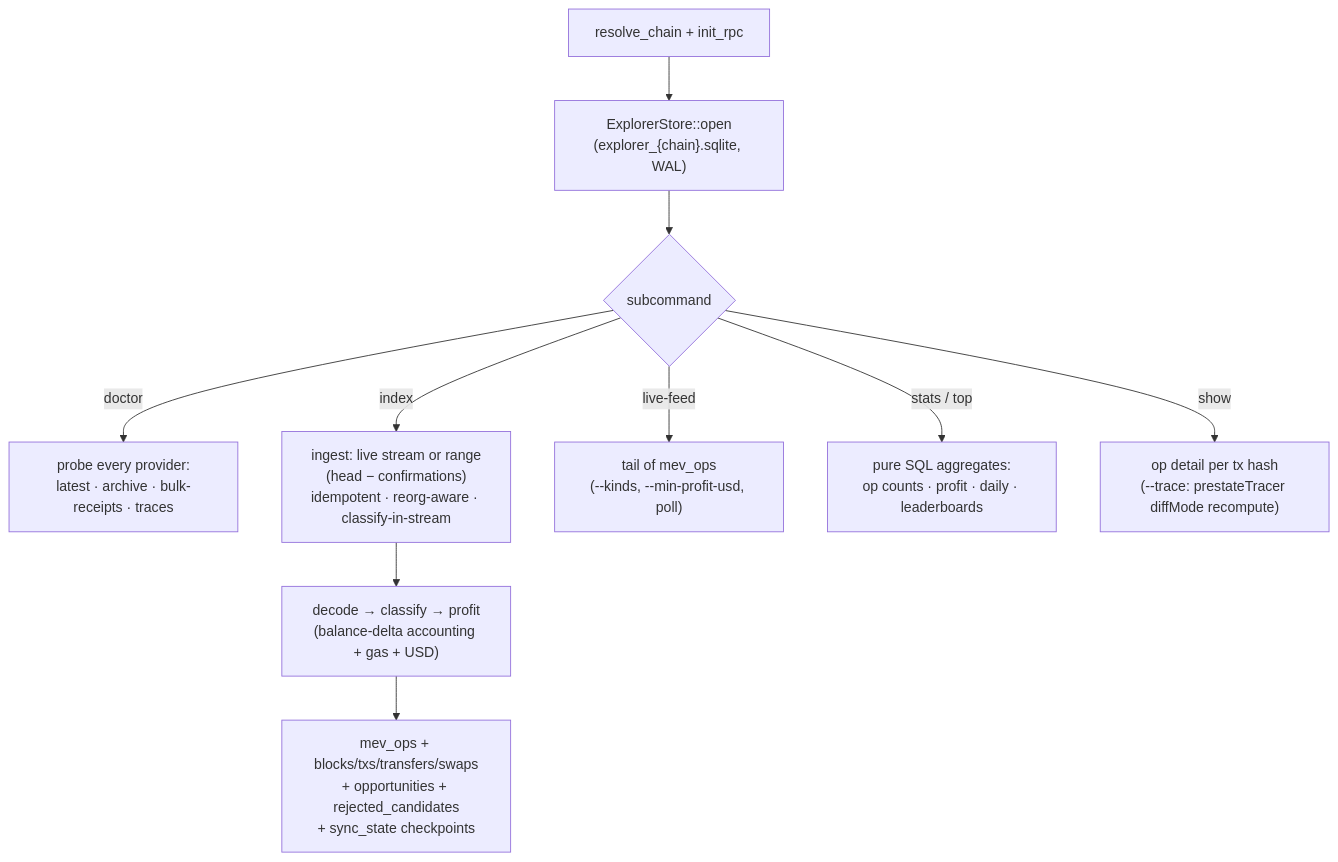
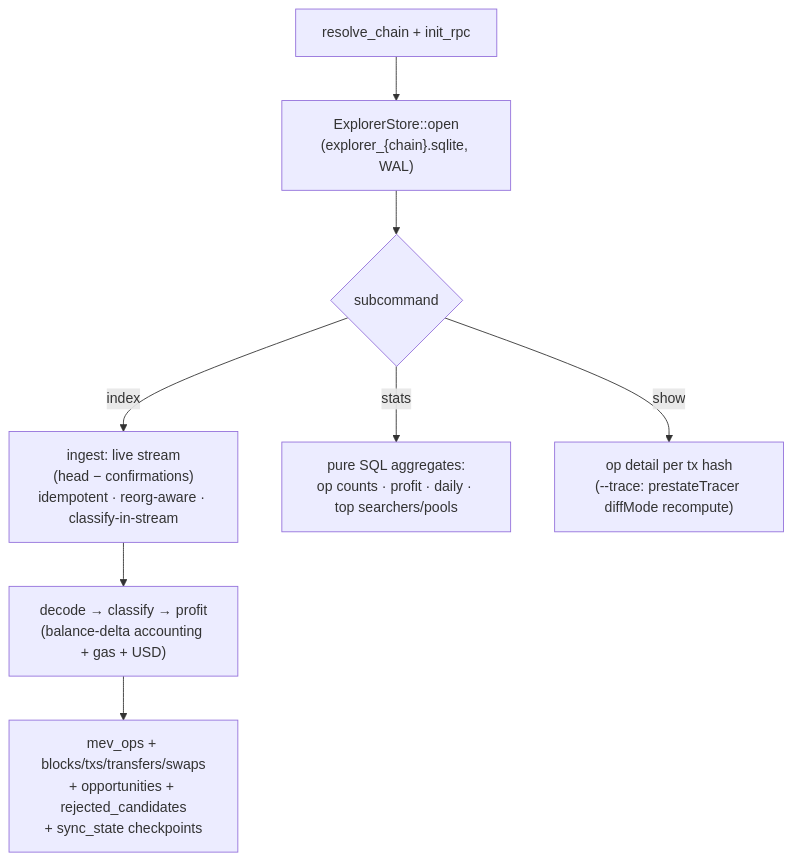
Before and after one commit to moha-moradi/mev-scout: the tenth of 10 diagrams in docs/ARCHITECTURE.md, drawn with Mermaid. The commit also changed other lines of this file and 28 other files, not shown here.

````diff
--- a/docs/ARCHITECTURE.md
+++ b/docs/ARCHITECTURE.md
@@ -562,12 +429,10 @@
 ```mermaid
 flowchart TB
     A["resolve_chain + init_rpc"] --> B["ExplorerStore::open<br/>(explorer_{chain}.sqlite, WAL)"]
     B --> C{"subcommand"}
-    C -- doctor --> D["probe every provider:<br/>latest · archive · bulk-receipts · traces"]
-    C -- index --> E["ingest: live stream or range<br/>(head − confirmations)<br/>idempotent · reorg-aware · classify-in-stream"]
+    C -- index --> E["ingest: live stream<br/>(head − confirmations)<br/>idempotent · reorg-aware · classify-in-stream"]
     E --> F["decode → classify → profit<br/>(balance-delta accounting + gas + USD)"]
-    C -- "live-feed" --> G["tail of mev_ops<br/>(--kinds, --min-profit-usd, poll)"]
-    C -- "stats / top" --> H["pure SQL aggregates:<br/>op counts · profit · daily · leaderboards"]
+    C -- stats --> H["pure SQL aggregates:<br/>op counts · profit · daily · top searchers/pools"]
     C -- show --> I["op detail per tx hash<br/>(--trace: prestateTracer diffMode recompute)"]
     F --> L["mev_ops + blocks/txs/transfers/swaps<br/>+ opportunities + rejected_candidates<br/>+ sync_state checkpoints"]
 ```
````
